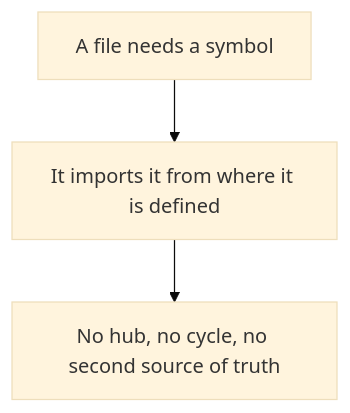
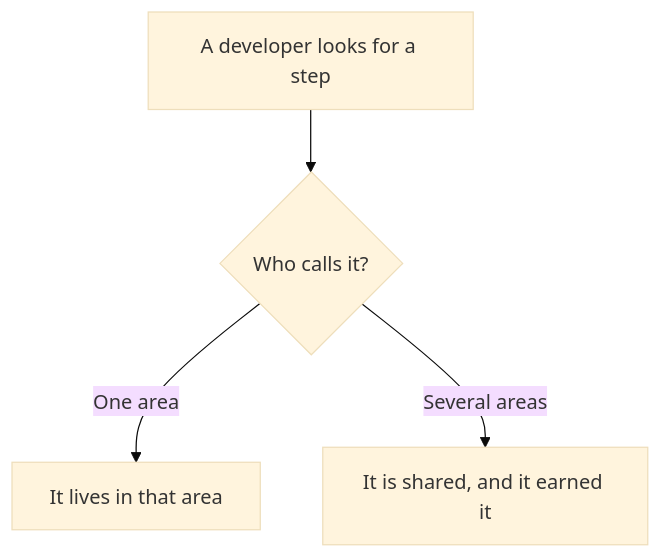
The first of 2 diagrams in cli/aidd_docs/tasks/2026_08/2026_08_20_refactor-contextes-cli/phase-6.md (ai-driven-dev/aidd-framework), drawn with Mermaid (base theme) before and after one commit. The commit also changed other lines of this file and 17 other files, not shown here.

````diff
--- a/cli/aidd_docs/tasks/2026_08/2026_08_20_refactor-contextes-cli/phase-6.md
+++ b/cli/aidd_docs/tasks/2026_08/2026_08_20_refactor-contextes-cli/phase-6.md
@@ -33,5 +37,6 @@
 ```mermaid
 flowchart TD
-  A[A file needs a symbol] --> B[It imports it from where it is defined]
-  B --> C[No hub, no cycle, no second source of truth]
+  A[A developer looks for a step] --> B{Who calls it?}
+  B -->|One area| C[It lives in that area]
+  B -->|Several areas| D[It is shared, and it earned it]
 ```
````
